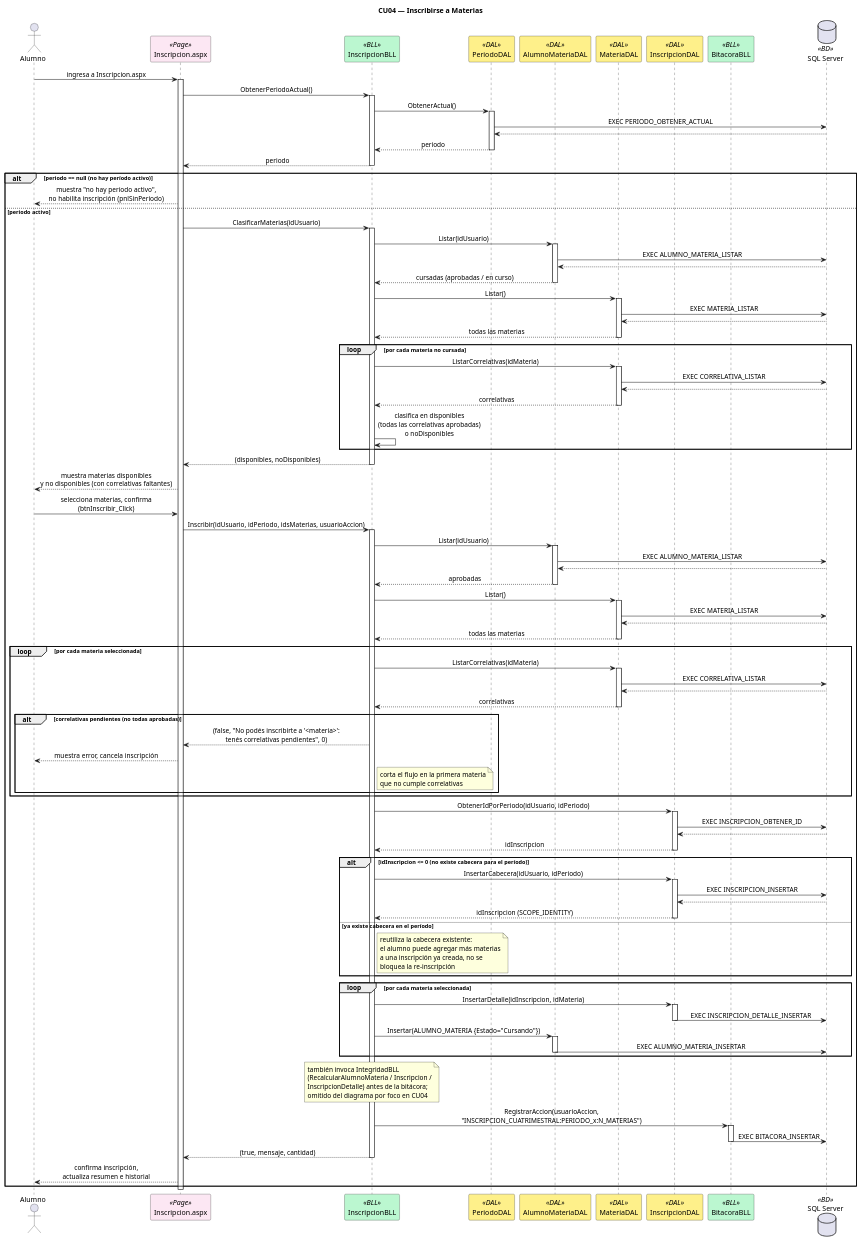
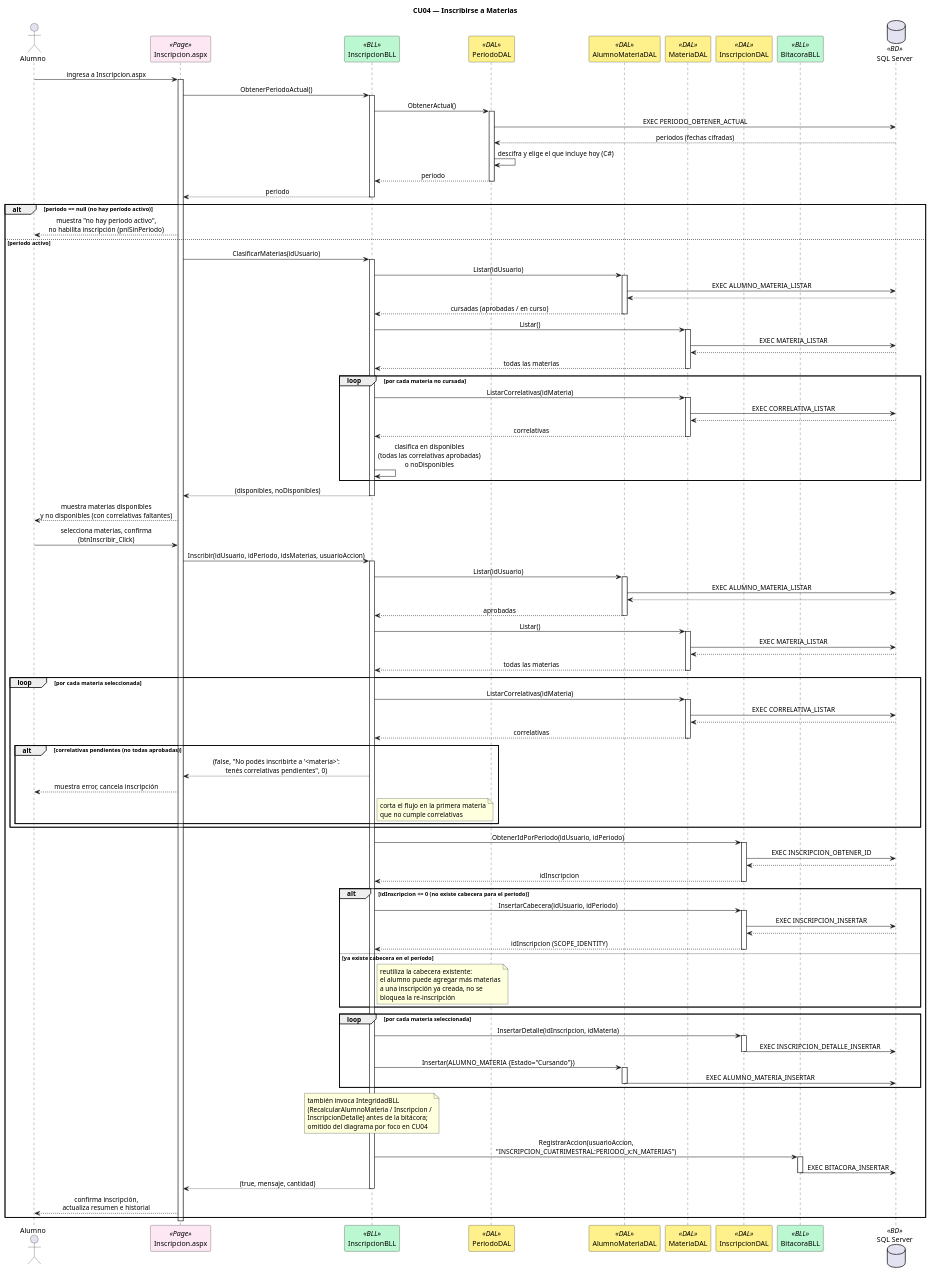
One commit to Urrels/tpDYAWeb changed the diagram in DIAGRAMAS/Secuencia_CU04_InscribirseAMaterias.puml. Above: the diagram before and after it, drawn with PlantUML. The commit also changed 38 other files, not shown here.

First line of the commit message:
docs(diagramas): actualizar diagramas al cifrado de datos y a los cambios de noviembre

```diff
--- a/DIAGRAMAS/Secuencia_CU04_InscribirseAMaterias.puml
+++ b/DIAGRAMAS/Secuencia_CU04_InscribirseAMaterias.puml
@@ -1,157 +1,158 @@
 @startuml Secuencia_CU04_InscribirseAMaterias
 title CU04 — Inscribirse a Materias
 skinparam sequenceMessageAlign center
 skinparam shadowing false
 skinparam sequenceParticipant {
     BackgroundColor<<Page>> #FCE7F3
     BackgroundColor<<BLL>> #BBF7D0
     BackgroundColor<<DAL>> #FEF08A
     BackgroundColor<<BD>> #DBEAFE
 }
 
 actor Alumno as A
 participant "Inscripcion.aspx" as PAGE <<Page>>
 participant "InscripcionBLL" as BLL <<BLL>>
 participant "PeriodoDAL" as PERDAL <<DAL>>
 participant "AlumnoMateriaDAL" as AMDAL <<DAL>>
 participant "MateriaDAL" as MATDAL <<DAL>>
 participant "InscripcionDAL" as INSDAL <<DAL>>
 participant "BitacoraBLL" as BITBLL <<BLL>>
 database "SQL Server" as DB <<BD>>
 
 A -> PAGE : ingresa a Inscripcion.aspx
 activate PAGE
 PAGE -> BLL : ObtenerPeriodoActual()
 activate BLL
 BLL -> PERDAL : ObtenerActual()
 activate PERDAL
 PERDAL -> DB : EXEC PERIODO_OBTENER_ACTUAL
-DB --> PERDAL
+DB --> PERDAL : períodos (fechas cifradas)
+PERDAL -> PERDAL : descifra y elige el que incluye hoy (C#)
 PERDAL --> BLL : periodo
 deactivate PERDAL
 BLL --> PAGE : periodo
 deactivate BLL
 
 alt periodo == null (no hay período activo)
   PAGE --> A : muestra "no hay período activo",\nno habilita inscripción (pnlSinPeriodo)
 else periodo activo
 
   PAGE -> BLL : ClasificarMaterias(idUsuario)
   activate BLL
   BLL -> AMDAL : Listar(idUsuario)
   activate AMDAL
   AMDAL -> DB : EXEC ALUMNO_MATERIA_LISTAR
   DB --> AMDAL
   AMDAL --> BLL : cursadas (aprobadas / en curso)
   deactivate AMDAL
 
   BLL -> MATDAL : Listar()
   activate MATDAL
   MATDAL -> DB : EXEC MATERIA_LISTAR
   DB --> MATDAL
   MATDAL --> BLL : todas las materias
   deactivate MATDAL
 
   loop por cada materia no cursada
     BLL -> MATDAL : ListarCorrelativas(idMateria)
     activate MATDAL
     MATDAL -> DB : EXEC CORRELATIVA_LISTAR
     DB --> MATDAL
     MATDAL --> BLL : correlativas
     deactivate MATDAL
     BLL -> BLL : clasifica en disponibles\n(todas las correlativas aprobadas)\no noDisponibles
   end
   BLL --> PAGE : (disponibles, noDisponibles)
   deactivate BLL
   PAGE --> A : muestra materias disponibles\ny no disponibles (con correlativas faltantes)
 
   A -> PAGE : selecciona materias, confirma\n(btnInscribir_Click)
   PAGE -> BLL : Inscribir(idUsuario, idPeriodo, idsMaterias, usuarioAccion)
   activate BLL
 
   BLL -> AMDAL : Listar(idUsuario)
   activate AMDAL
   AMDAL -> DB : EXEC ALUMNO_MATERIA_LISTAR
   DB --> AMDAL
   AMDAL --> BLL : aprobadas
   deactivate AMDAL
 
   BLL -> MATDAL : Listar()
   activate MATDAL
   MATDAL -> DB : EXEC MATERIA_LISTAR
   DB --> MATDAL
   MATDAL --> BLL : todas las materias
   deactivate MATDAL
 
   loop por cada materia seleccionada
     BLL -> MATDAL : ListarCorrelativas(idMateria)
     activate MATDAL
     MATDAL -> DB : EXEC CORRELATIVA_LISTAR
     DB --> MATDAL
     MATDAL --> BLL : correlativas
     deactivate MATDAL
 
     alt correlativas pendientes (no todas aprobadas)
       BLL --> PAGE : (false, "No podés inscribirte a '<materia>':\ntenés correlativas pendientes", 0)
       PAGE --> A : muestra error, cancela inscripción
       note right of BLL
         corta el flujo en la primera materia
         que no cumple correlativas
       end note
     end
   end
 
   BLL -> INSDAL : ObtenerIdPorPeriodo(idUsuario, idPeriodo)
   activate INSDAL
   INSDAL -> DB : EXEC INSCRIPCION_OBTENER_ID
   DB --> INSDAL
   INSDAL --> BLL : idInscripcion
   deactivate INSDAL
 
   alt idInscripcion <= 0 (no existe cabecera para el período)
     BLL -> INSDAL : InsertarCabecera(idUsuario, idPeriodo)
     activate INSDAL
     INSDAL -> DB : EXEC INSCRIPCION_INSERTAR
     DB --> INSDAL
     INSDAL --> BLL : idInscripcion (SCOPE_IDENTITY)
     deactivate INSDAL
   else ya existe cabecera en el período
     note right of BLL
       reutiliza la cabecera existente:
       el alumno puede agregar más materias
       a una inscripción ya creada, no se
       bloquea la re-inscripción
     end note
   end
 
   loop por cada materia seleccionada
     BLL -> INSDAL : InsertarDetalle(idInscripcion, idMateria)
     activate INSDAL
     INSDAL -> DB : EXEC INSCRIPCION_DETALLE_INSERTAR
     deactivate INSDAL
     BLL -> AMDAL : Insertar(ALUMNO_MATERIA {Estado="Cursando"})
     activate AMDAL
     AMDAL -> DB : EXEC ALUMNO_MATERIA_INSERTAR
     deactivate AMDAL
   end
 
   note over BLL
     también invoca IntegridadBLL
     (RecalcularAlumnoMateria / Inscripcion /
     InscripcionDetalle) antes de la bitácora;
     omitido del diagrama por foco en CU04
   end note
 
   BLL -> BITBLL : RegistrarAccion(usuarioAccion,\n"INSCRIPCION_CUATRIMESTRAL:PERIODO_x:N_MATERIAS")
   activate BITBLL
   BITBLL -> DB : EXEC BITACORA_INSERTAR
   deactivate BITBLL
 
   BLL --> PAGE : (true, mensaje, cantidad)
   deactivate BLL
   PAGE --> A : confirma inscripción,\nactualiza resumen e historial
 end
 
 deactivate PAGE
 
 @enduml
```
